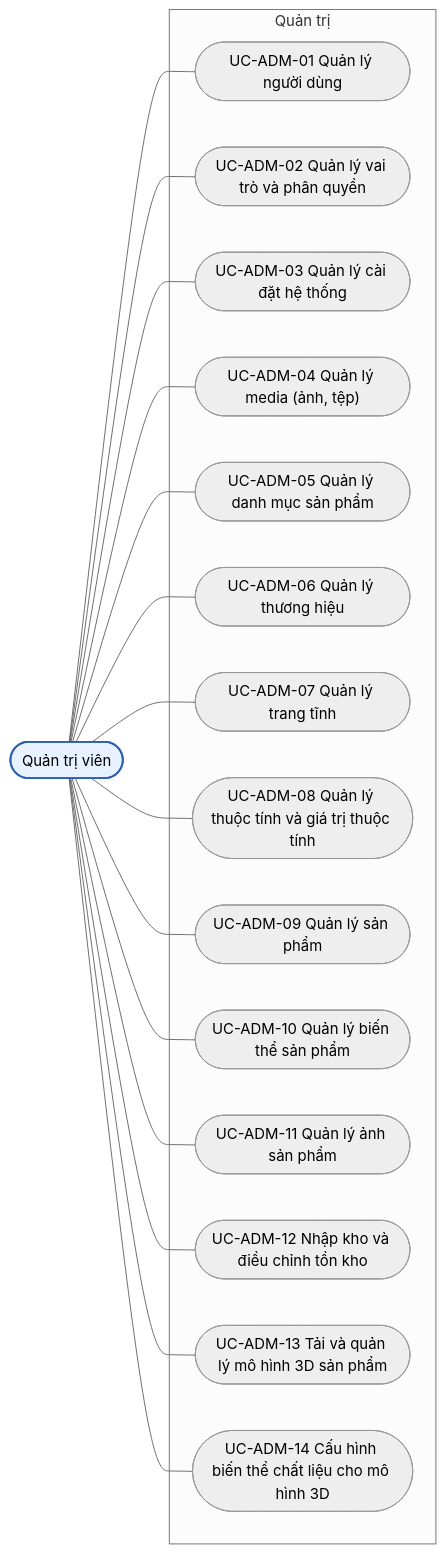
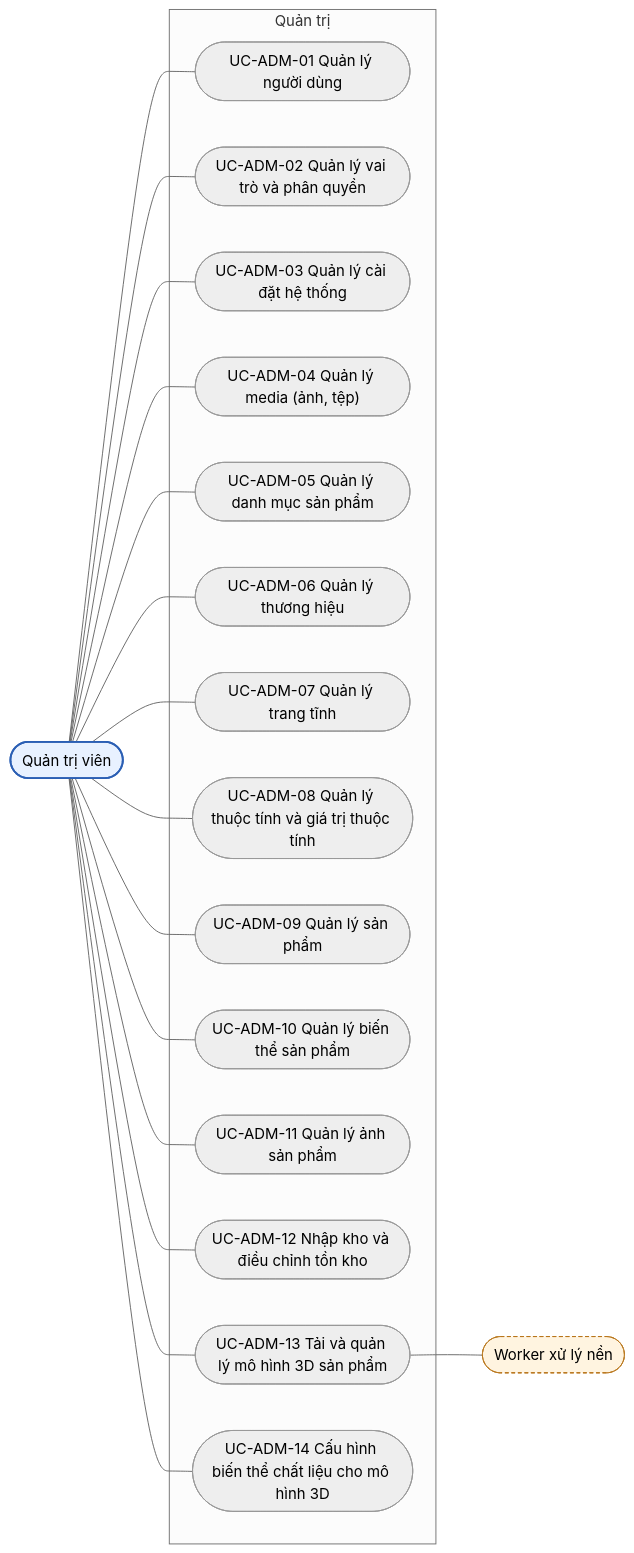
Before and after one commit to 2431540234-arch/XDUDTMDT: the fourth of 13 diagrams in docs/DAC_TA_CHUC_NANG_THEO_VAI_TRO.md, drawn with Mermaid (neutral theme). The commit also changed other lines of this file and 184 other files, not shown here.

````diff
--- a/docs/DAC_TA_CHUC_NANG_THEO_VAI_TRO.md
+++ b/docs/DAC_TA_CHUC_NANG_THEO_VAI_TRO.md
@@ -471,36 +471,38 @@
 ```mermaid
 flowchart LR
     A(["Quản trị viên"]):::actor
+    WK(["Worker xử lý nền"]):::ext
     subgraph SG_ADM["Quản trị"]
         UC_ADM_01(["UC-ADM-01 Quản lý người dùng"])
         UC_ADM_02(["UC-ADM-02 Quản lý vai trò và phân quyền"])
         UC_ADM_03(["UC-ADM-03 Quản lý cài đặt hệ thống"])
         UC_ADM_04(["UC-ADM-04 Quản lý media (ảnh, tệp)"])
         UC_ADM_05(["UC-ADM-05 Quản lý danh mục sản phẩm"])
         UC_ADM_06(["UC-ADM-06 Quản lý thương hiệu"])
         UC_ADM_07(["UC-ADM-07 Quản lý trang tĩnh"])
         UC_ADM_08(["UC-ADM-08 Quản lý thuộc tính và giá trị thuộc tính"])
         UC_ADM_09(["UC-ADM-09 Quản lý sản phẩm"])
         UC_ADM_10(["UC-ADM-10 Quản lý biến thể sản phẩm"])
         UC_ADM_11(["UC-ADM-11 Quản lý ảnh sản phẩm"])
         UC_ADM_12(["UC-ADM-12 Nhập kho và điều chỉnh tồn kho"])
         UC_ADM_13(["UC-ADM-13 Tải và quản lý mô hình 3D sản phẩm"])
         UC_ADM_14(["UC-ADM-14 Cấu hình biến thể chất liệu cho mô hình 3D"])
     end
     A --- UC_ADM_01
     A --- UC_ADM_02
     A --- UC_ADM_03
     A --- UC_ADM_04
     A --- UC_ADM_05
     A --- UC_ADM_06
     A --- UC_ADM_07
     A --- UC_ADM_08
     A --- UC_ADM_09
     A --- UC_ADM_10
     A --- UC_ADM_11
     A --- UC_ADM_12
     A --- UC_ADM_13
     A --- UC_ADM_14
+    UC_ADM_13 --- WK
     classDef actor fill:#e8f1ff,stroke:#2b5fb4,stroke-width:2px
     classDef ext fill:#fff4e0,stroke:#b8761a,stroke-dasharray: 4 3
 ```
````
